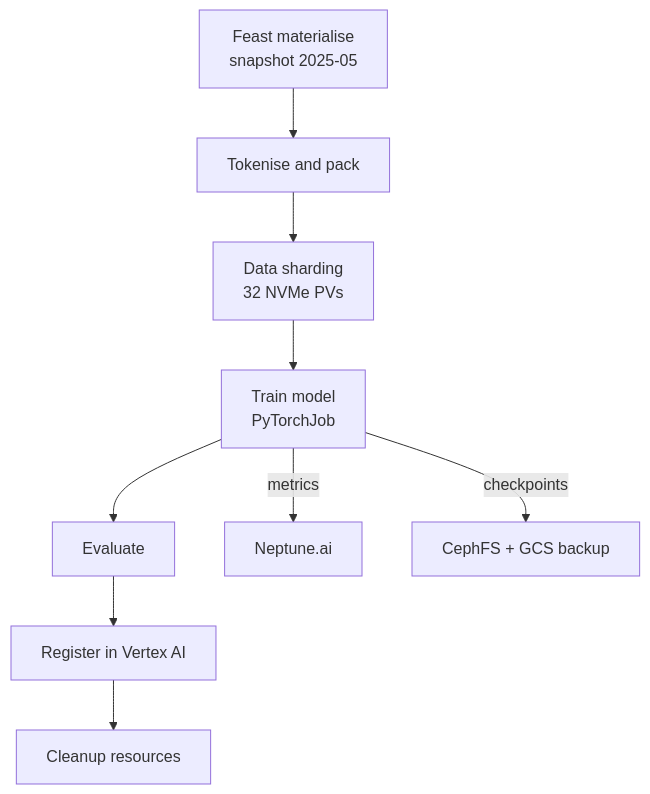
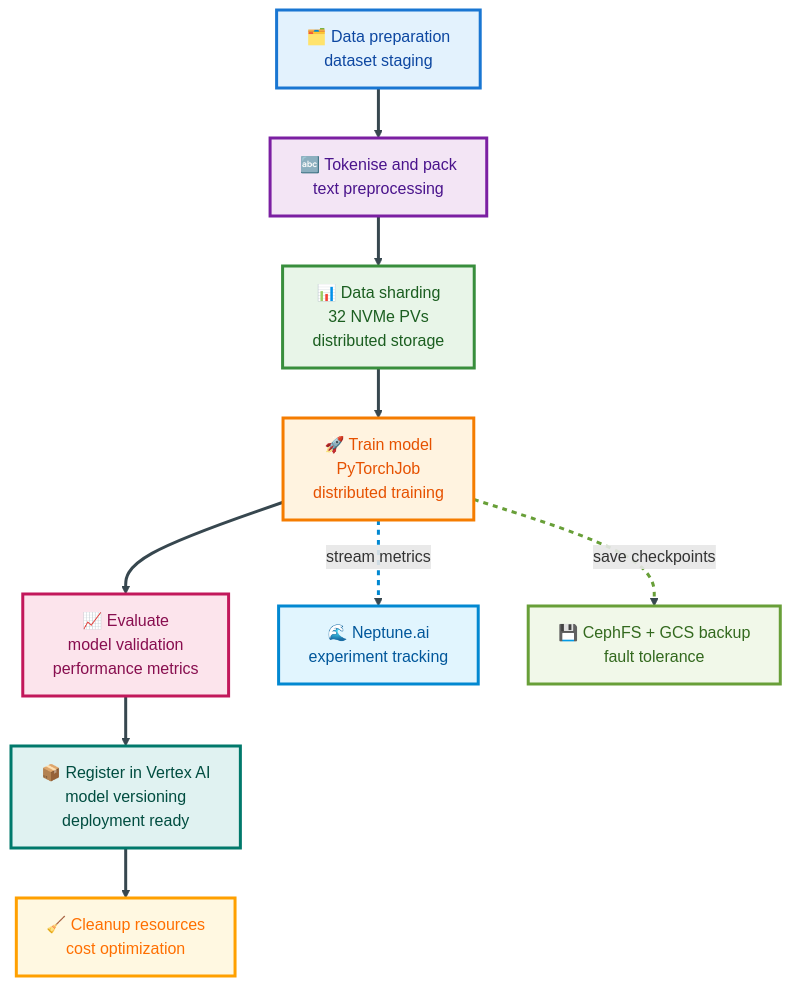
Before and after one commit to adrian-v-m/k8s_training: the second of 2 diagrams in prima_mente_assignment/Prima_Mente_MLOps_Platform.md, drawn with Mermaid. The commit also changed other lines of this file, not shown here.

Commit message:
Improve diagrams

````diff
--- a/prima_mente_assignment/Prima_Mente_MLOps_Platform.md
+++ b/prima_mente_assignment/Prima_Mente_MLOps_Platform.md
@@ -386,11 +412,27 @@
 ```mermaid
 flowchart TD
-  A["Feast materialise<br/>snapshot 2025-05"] --> B["Tokenise and pack"]
-  B --> C["Data sharding<br/>32 NVMe PVs"]
-  C --> D["Train model<br/>PyTorchJob"]
-  D --> E["Evaluate"]
-  E --> F["Register in Vertex AI"]
-  D -->|metrics| N["Neptune.ai"]
-  D -->|checkpoints| G["CephFS + GCS backup"]
-  F --> H["Cleanup resources"]
+  A["🗂️ Data preparation<br/>dataset staging"] --> B["🔤 Tokenise and pack<br/>text preprocessing"]
+  B --> C["📊 Data sharding<br/>32 NVMe PVs<br/>distributed storage"]
+  C --> D["🚀 Train model<br/>PyTorchJob<br/>distributed training"]
+  D --> E["📈 Evaluate<br/>model validation<br/>performance metrics"]
+  E --> F["📦 Register in Vertex AI<br/>model versioning<br/>deployment ready"]
+  D -->|stream metrics| N["🌊 Neptune.ai<br/>experiment tracking"]
+  D -->|save checkpoints| G["💾 CephFS + GCS backup<br/>fault tolerance"]
+  F --> H["🧹 Cleanup resources<br/>cost optimization"]
+
+  %% Colorful styling for pipeline stages
+  style A fill:#e3f2fd,stroke:#1976d2,stroke-width:3px,color:#0d47a1
+  style B fill:#f3e5f5,stroke:#7b1fa2,stroke-width:3px,color:#4a148c
+  style C fill:#e8f5e8,stroke:#388e3c,stroke-width:3px,color:#1b5e20
+  style D fill:#fff3e0,stroke:#f57c00,stroke-width:3px,color:#e65100
+  style E fill:#fce4ec,stroke:#c2185b,stroke-width:3px,color:#880e4f
+  style F fill:#e0f2f1,stroke:#00796b,stroke-width:3px,color:#004d40
+  style N fill:#e1f5fe,stroke:#0288d1,stroke-width:3px,color:#01579b
+  style G fill:#f1f8e9,stroke:#689f38,stroke-width:3px,color:#33691e
+  style H fill:#fff8e1,stroke:#ffa000,stroke-width:3px,color:#ff6f00
+
+  %% Link styling for better contrast
+  linkStyle default stroke:#37474f,stroke-width:3px
+  linkStyle 5 stroke:#0288d1,stroke-width:3px,stroke-dasharray:5
+  linkStyle 6 stroke:#689f38,stroke-width:3px,stroke-dasharray:5
 ```
````
